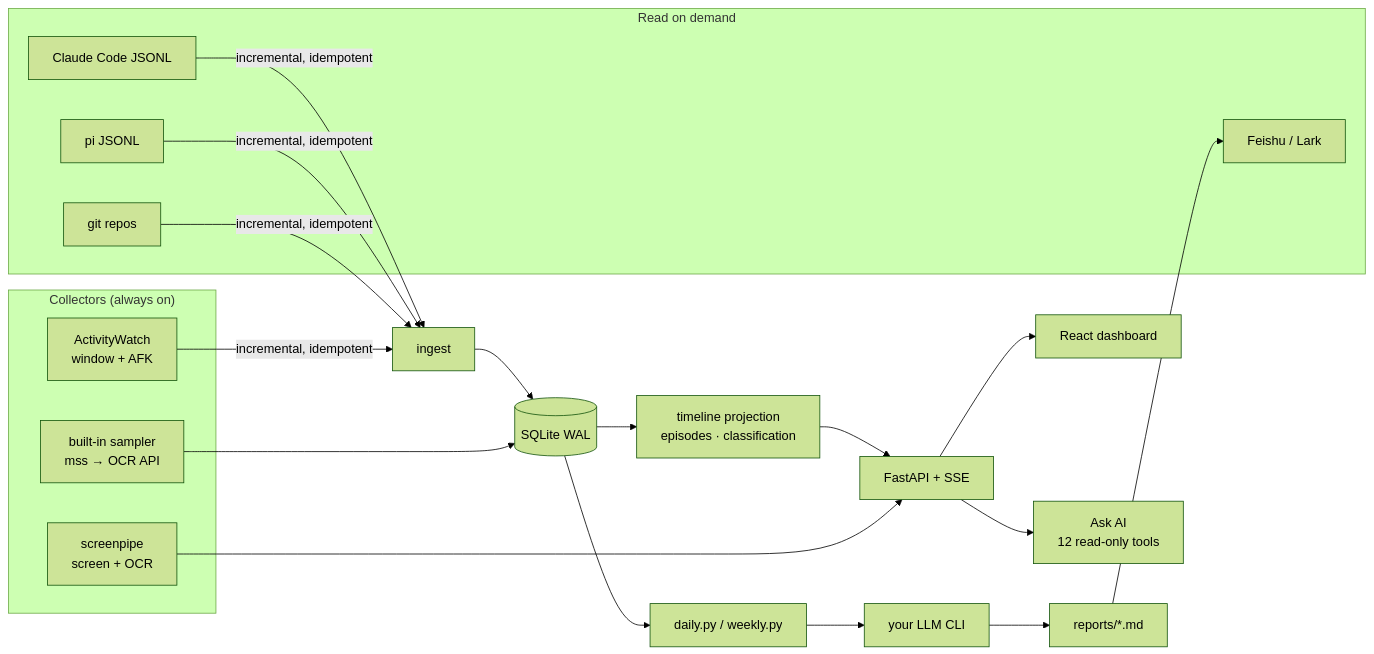
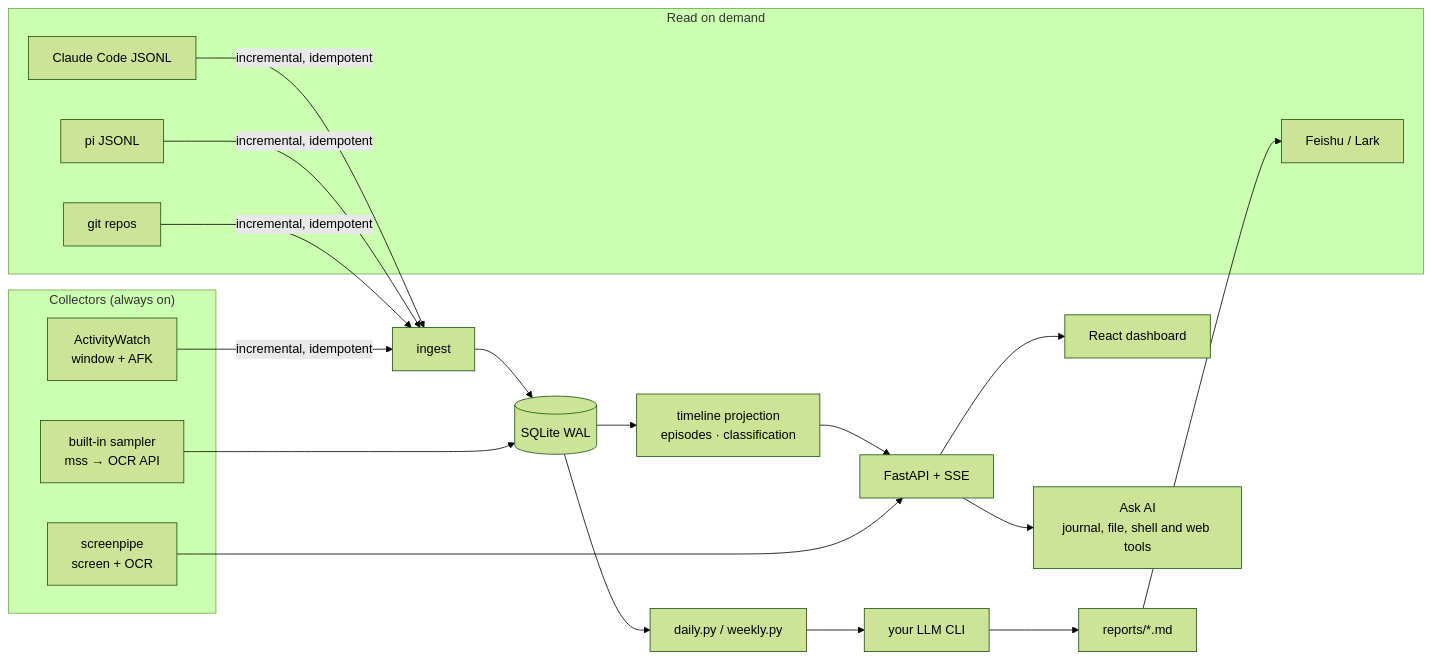
Before and after one commit to Teyeray/ai-work-journal: the diagram in README.md, drawn with Mermaid (forest theme). The commit also changed other lines of this file and 10 other files, not shown here.

First line of the commit message:
feat(chat): local code, shell and web tools; multi-day context; model picker

````diff
--- a/README.md
+++ b/README.md
@@ -267,23 +267,23 @@
 ```mermaid
 flowchart LR
   subgraph Collectors["Collectors (always on)"]
     AW[ActivityWatch<br/>window + AFK]
     SP[screenpipe<br/>screen + OCR]
     CAP[built-in sampler<br/>mss → OCR API]
   end
   subgraph Sources["Read on demand"]
     CC[Claude Code JSONL]
     PI[pi JSONL]
     GIT[git repos]
     FS[Feishu / Lark]
   end
   AW & CC & PI & GIT -->|incremental, idempotent| ING[ingest]
   ING --> DB[(SQLite WAL)]
   CAP --> DB
   DB --> TL[timeline projection<br/>episodes · classification]
   TL --> API[FastAPI + SSE]
   SP --> API
   API --> UI[React dashboard]
-  API --> CHAT[Ask AI<br/>12 read-only tools]
+  API --> CHAT[Ask AI<br/>journal, file, shell and web tools]
   DB --> REP[daily.py / weekly.py] --> LLM[your LLM CLI] --> MD[reports/*.md] --> FS
 ```
````
